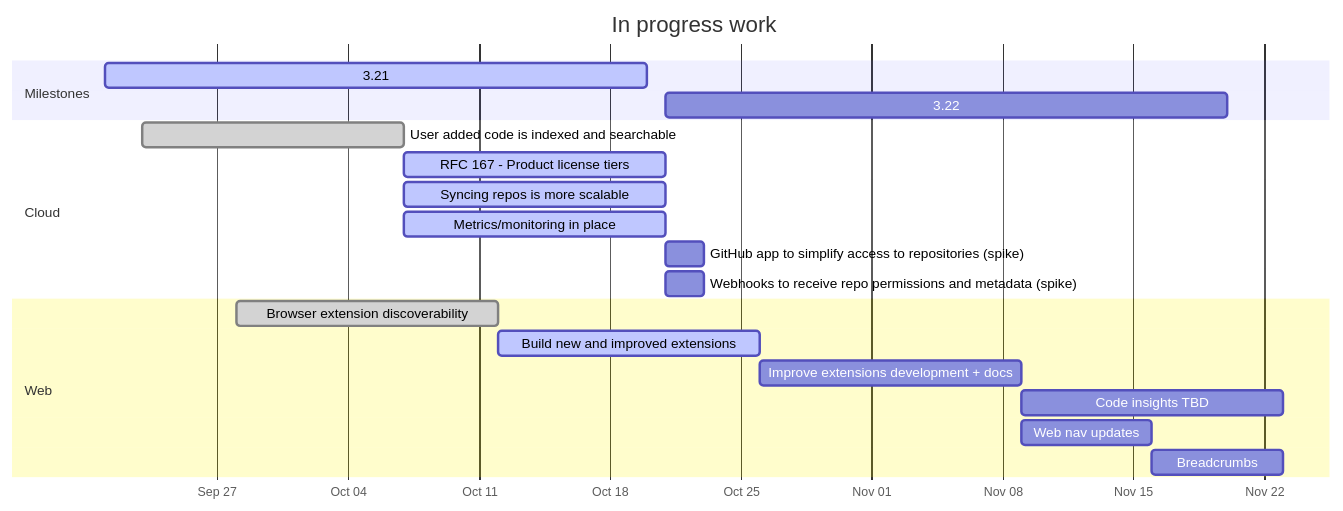
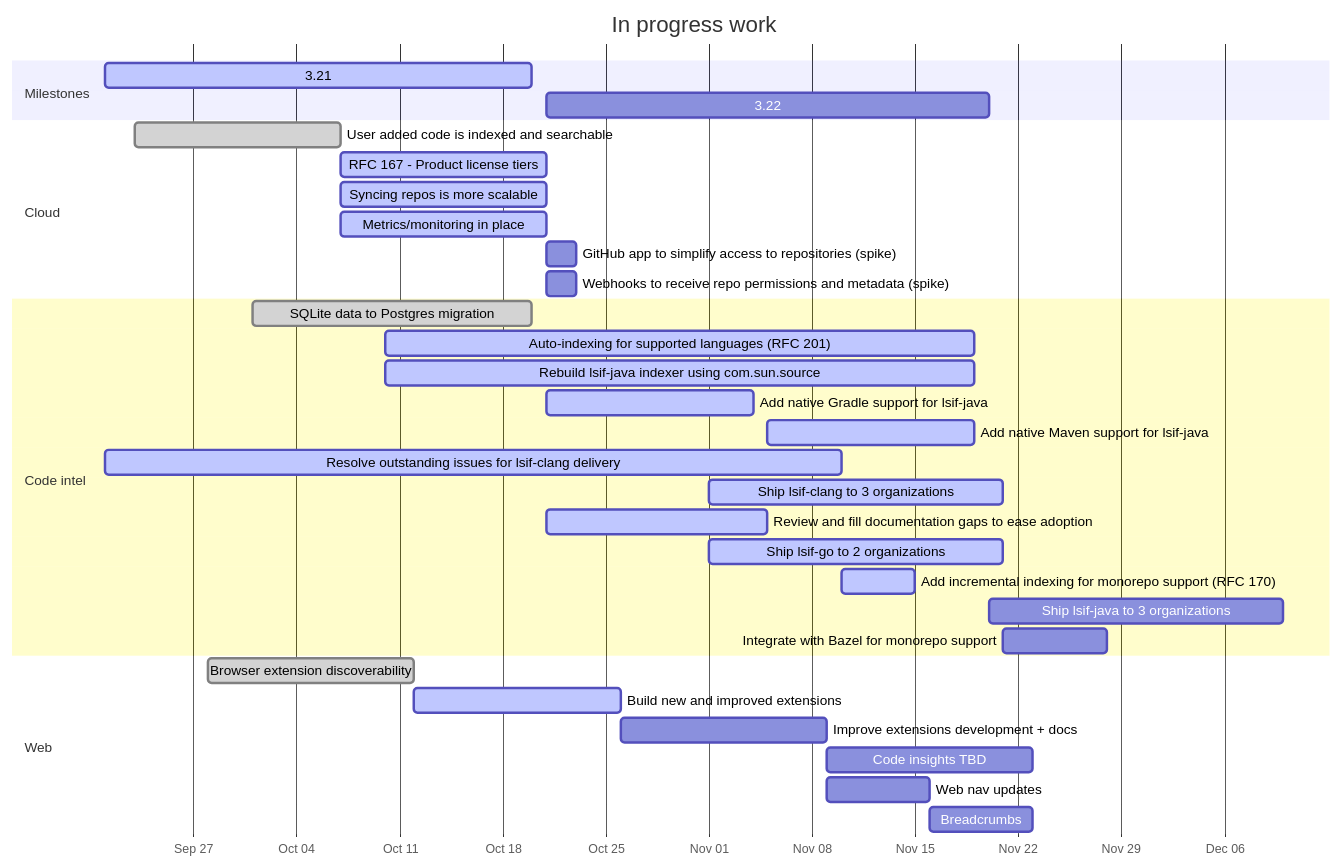
Before and after one commit to sourcegraph/about: the diagram in handbook/product/roadmap.md, drawn with Mermaid. The commit also changed other lines of this file, not shown here.

Commit message:
Update Code Intel roadmap
Updated roadmap items after 3.22 planning and added Code Intel Gantt chart section

```diff
--- a/handbook/product/roadmap.md
+++ b/handbook/product/roadmap.md
@@ -7,35 +7,46 @@
 <pre class="mermaid" data-rendered-width="150%" data-scroll-right="50%">
 gantt
     title In progress work
     dateFormat YYYY-MM-DD
     axisFormat %b %d
 
 section Milestones
     3.21 :active, release-3.21, 2020-09-21, 2020-10-20
     3.22 :        release-3.22, 2020-10-21, 2020-11-20
 
 %% section Campaigns
 %%     TO DO :active, after release-3.21, 30d
 
 section Cloud
     User added code is indexed and searchable                 :done,   2020-09-23, 2020-10-07
     RFC 167 - Product license tiers                           :active, 2020-10-07, 14d
     Syncing repos is more scalable                            :active, 2020-10-07, 14d
     Metrics/monitoring in place                               :active, 2020-10-07, 14d
     GitHub app to simplify access to repositories (spike)     :        2020-10-21, 2d
     Webhooks to receive repo permissions and metadata (spike) :        2020-10-21, 2d
 
-%% section Code intel
-%%     TO DO :active, after release-3.21, 30d
+section Code intel
+    SQLite data to Postgres migration                       :done,   2020-10-01, 2020-10-20
+    Auto-indexing for supported languages (RFC 201)         :active, 2020-10-10, 40d
+    Rebuild lsif-java indexer using com.sun.source          :active, 2020-10-10, 40d
+    Add native Gradle support for lsif-java                 :active, 2020-10-21, 14d
+    Add native Maven support for lsif-java                  :active, 2020-11-05, 14d
+    Resolve outstanding issues for lsif-clang delivery      :active, 2020-09-21, 50d
+    Ship lsif-clang to 3 organizations                      :active, 2020-11-01, 20d
+    Review and fill documentation gaps to ease adoption     :active, 2020-10-21, 15d
+    Ship lsif-go to 2 organizations                         :active, 2020-11-01, 20d
+    Add incremental indexing for monorepo support (RFC 170) :active, 2020-11-10, 5d
+    Ship lsif-java to 3 organizations                       :        2020-11-20, 20d
+    Integrate with Bazel for monorepo support               :        2020-11-21, 7d
 
 section Web
     Browser extension discoverability                         :done,    2020-09-28, 14d
     Build new and improved extensions                         :active,   2020-10-12, 14d
     Improve extensions development + docs                     :         2020-10-26, 14d
     Code insights TBD                                         :         2020-11-09, 14d
     Web nav updates                                           :         2020-11-09, 7d
     Breadcrumbs                                               :         2020-11-16, 7d
 
 %% section Search
 %%     TO DO :active, after release-3.21, 30d
 </pre>
```
